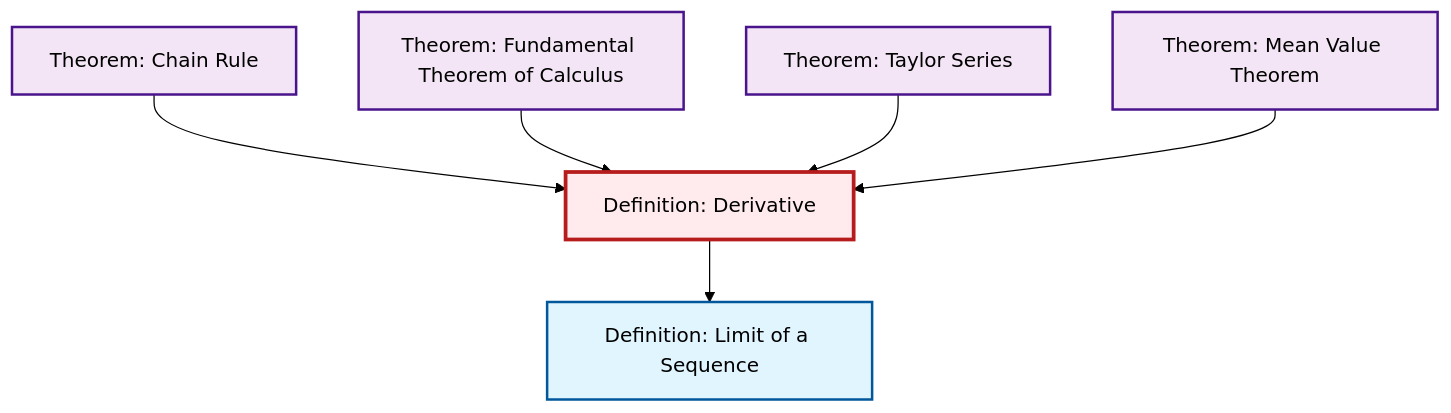
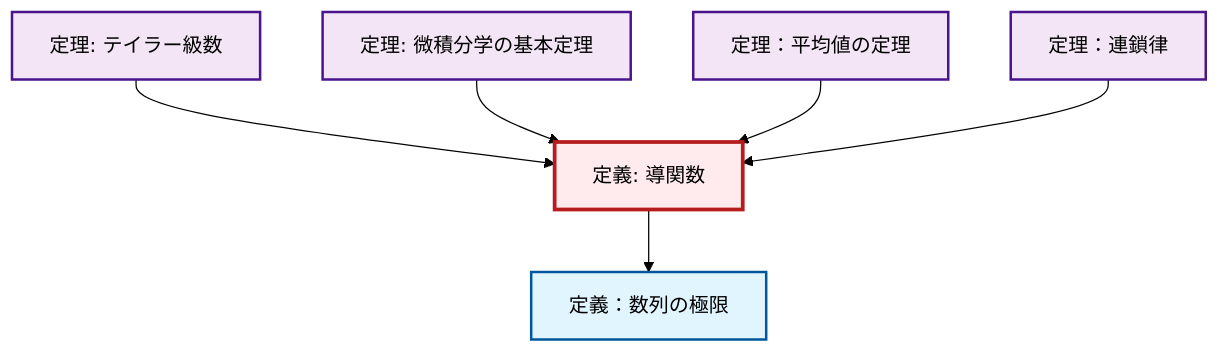
One commit to RK0429/ModernMath changed the second of 2 diagrams in content/ja/analysis/def-derivative.qmd. Above: the diagram before and after it, drawn with Mermaid (forest theme). The commit also changed 1069 other files, not shown here.

````diff
--- a/content/ja/analysis/def-derivative.qmd
+++ b/content/ja/analysis/def-derivative.qmd
@@ -89,26 +89,26 @@
 ```{mermaid}
 %%| fig-cap: "Local dependency graph"
 graph TD
     classDef definition fill:#e1f5fe,stroke:#01579b,stroke-width:2px
     classDef theorem fill:#f3e5f5,stroke:#4a148c,stroke-width:2px
     classDef axiom fill:#fff3e0,stroke:#e65100,stroke-width:2px
     classDef example fill:#e8f5e9,stroke:#1b5e20,stroke-width:2px
     classDef current fill:#ffebee,stroke:#b71c1c,stroke-width:3px
-    def-derivative["Definition: Derivative"]:::definition
-    thm-taylor-series["Theorem: Taylor Series"]:::theorem
-    thm-fundamental-calculus["Theorem: Fundamental Theorem of Calculus"]:::theorem
-    def-limit["Definition: Limit of a Sequence"]:::definition
-    thm-mean-value["Theorem: Mean Value Theorem"]:::theorem
-    thm-chain-rule["Theorem: Chain Rule"]:::theorem
+    thm-chain-rule["定理：連鎖律"]:::theorem
+    def-limit["定義：数列の極限"]:::definition
+    thm-fundamental-calculus["定理: 微積分学の基本定理"]:::theorem
+    thm-mean-value["定理：平均値の定理"]:::theorem
+    thm-taylor-series["定理: テイラー級数"]:::theorem
+    def-derivative["定義: 導関数"]:::definition
+    thm-taylor-series --> def-derivative
+    thm-fundamental-calculus --> def-derivative
+    thm-mean-value --> def-derivative
+    def-derivative --> def-limit
     thm-chain-rule --> def-derivative
-    thm-fundamental-calculus --> def-derivative
-    thm-taylor-series --> def-derivative
-    def-derivative --> def-limit
-    thm-mean-value --> def-derivative
     class def-derivative current
-    click thm-taylor-series "thm-taylor-series.html" "Theorem: Taylor Seriesへ"
-    click thm-fundamental-calculus "thm-fundamental-calculus.html" "Theorem: Fundamental Theorem of Calculusへ"
-    click def-limit "def-limit.html" "Definition: Limit of a Sequenceへ"
-    click thm-mean-value "thm-mean-value.html" "Theorem: Mean Value Theoremへ"
-    click thm-chain-rule "thm-chain-rule.html" "Theorem: Chain Ruleへ"
+    click thm-chain-rule "thm-chain-rule.html" "定理：連鎖律へ"
+    click def-limit "def-limit.html" "定義：数列の極限へ"
+    click thm-fundamental-calculus "thm-fundamental-calculus.html" "微積分学の基本定理の定理へ"
+    click thm-mean-value "thm-mean-value.html" "定理：平均値の定理へ"
+    click thm-taylor-series "thm-taylor-series.html" "テイラー級数の定理へ"
 ```
````
